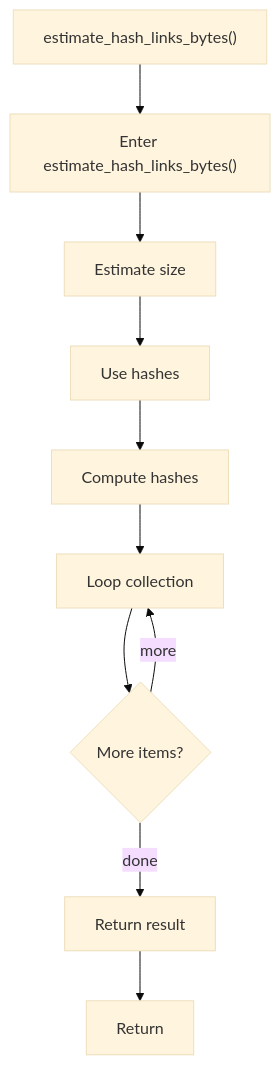
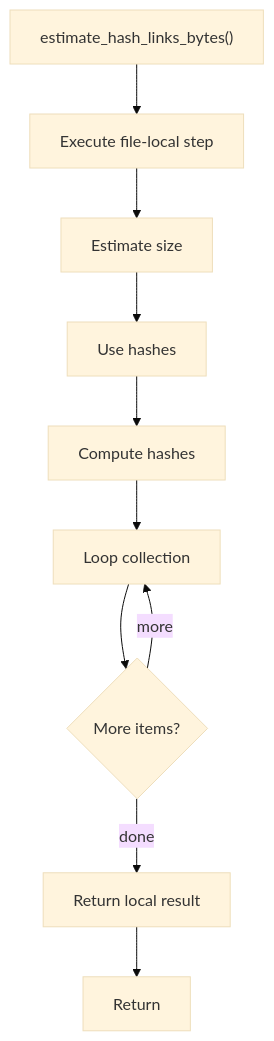
One commit to JohnAndrewBalbarosa/NeoTerritory changed the diagram in docs/Codebase/Microservice/Modules/Source/OutputGeneration/UnitTestGeneration/estimate_hash_links_bytes.cpp.md. Above: the diagram before and after it, drawn with Mermaid (base theme). The commit also changed other lines of this file and 915 other files, not shown here.

````diff
--- a/docs/Codebase/Microservice/Modules/Source/OutputGeneration/UnitTestGeneration/estimate_hash_links_bytes.cpp.md
+++ b/docs/Codebase/Microservice/Modules/Source/OutputGeneration/UnitTestGeneration/estimate_hash_links_bytes.cpp.md
@@ -20,21 +20,21 @@
 ```mermaid
 flowchart TD
     Start["estimate_hash_links_bytes()"]
-    N0["Enter estimate_hash_links_bytes()"]
+    N0["Execute file-local step"]
     N1["Estimate size"]
     N2["Use hashes"]
     N3["Compute hashes"]
     N4["Loop collection"]
     L4{"More items?"}
-    N5["Return result"]
+    N5["Return local result"]
     End["Return"]
     Start --> N0
     N0 --> N1
     N1 --> N2
     N2 --> N3
     N3 --> N4
     N4 --> L4
     L4 -->|more| N4
     L4 -->|done| N5
     N5 --> End
 ```
````
